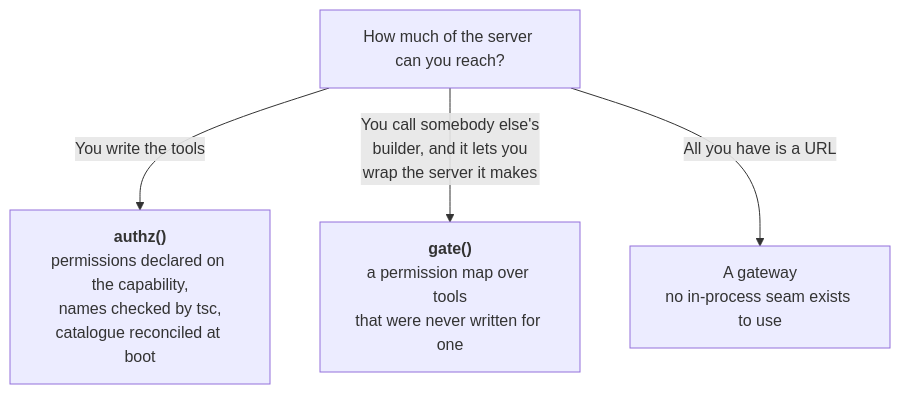
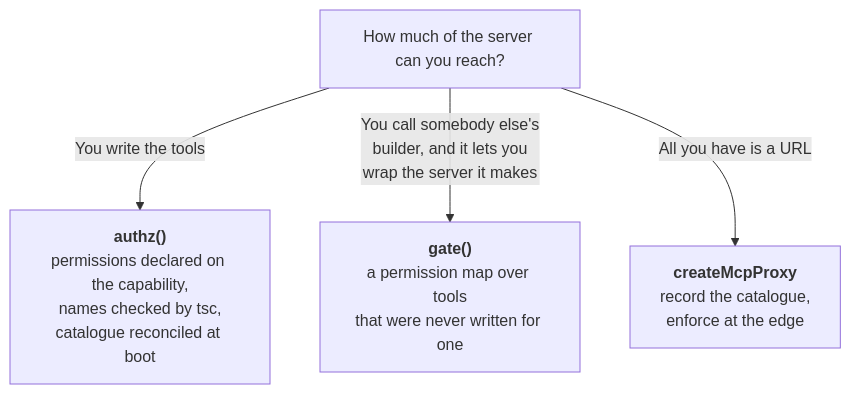
The first of 4 diagrams in packages/mcp-authz/README.md (jagreehal/mcp-authz), drawn with Mermaid before and after one commit. The commit also changed other lines of this file and 62 other files, not shown here.

First line of the commit message:
Enforce at the edge, for servers you can only reach by URL (#9)

````diff
--- a/packages/mcp-authz/README.md
+++ b/packages/mcp-authz/README.md
@@ -32,7 +32,7 @@
 ```mermaid
 flowchart TD
     Q["How much of the server can you reach?"]
     Q -->|"You write the tools"| A["<b>authz()</b><br/>permissions declared on the capability,<br/>names checked by tsc,<br/>catalogue reconciled at boot"]
     Q -->|"You call somebody else's<br/>builder, and it lets you<br/>wrap the server it makes"| B["<b>gate()</b><br/>a permission map over tools<br/>that were never written for one"]
-    Q -->|"All you have is a URL"| C["A gateway<br/>no in-process seam exists to use"]
+    Q -->|"All you have is a URL"| C["<b>createMcpProxy</b><br/>record the catalogue,<br/>enforce at the edge"]
 ```
````
